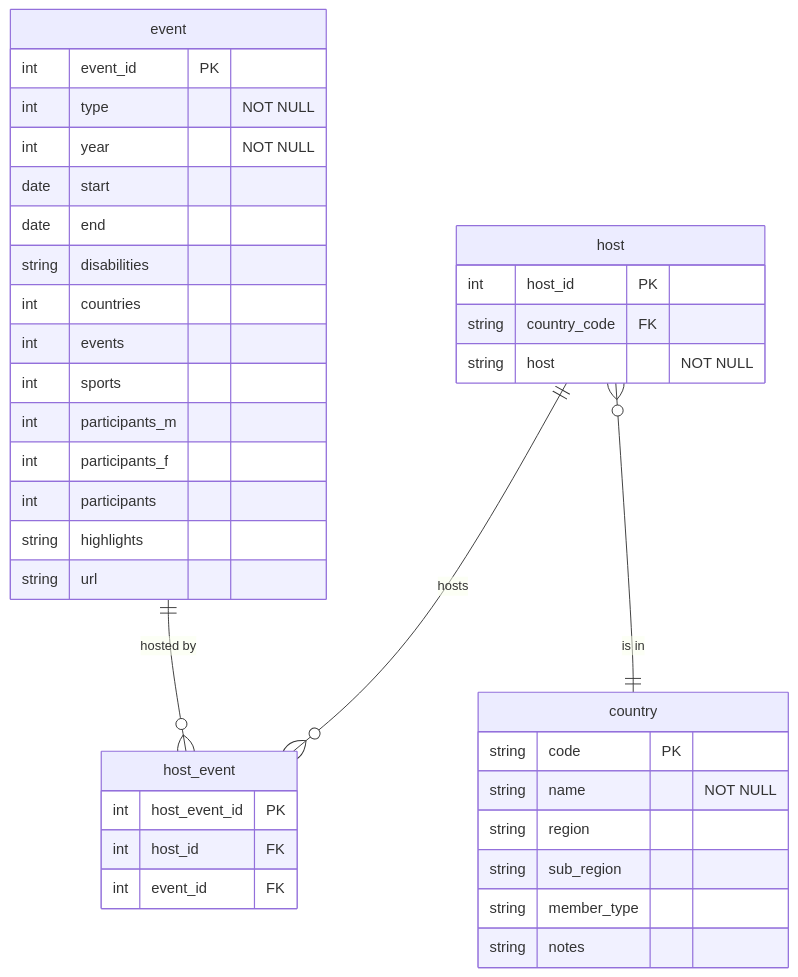
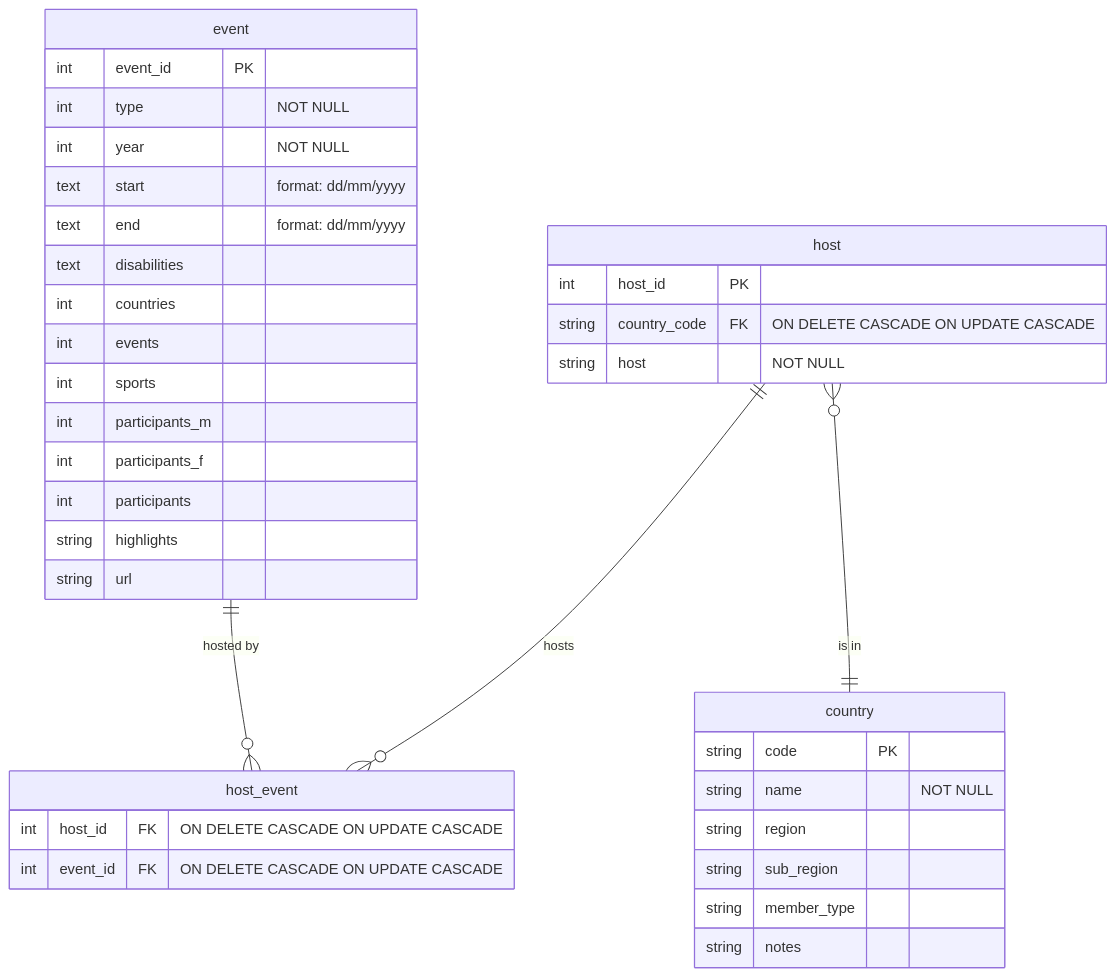
The diagram in activities/week5/5-7-create-paralympics-db.md (nicholsons/comp0035-2024-tutorials), drawn with Mermaid before and after one commit. The commit also changed other lines of this file and 16 other files, not shown here.

````diff
--- a/activities/week5/5-7-create-paralympics-db.md
+++ b/activities/week5/5-7-create-paralympics-db.md
@@ -27,44 +30,43 @@
 ```mermaid
 erDiagram
     event {
         int event_id PK
         int type "NOT NULL"
         int year "NOT NULL"
-        date start
-        date end
-        string disabilities
+        text start "format: dd/mm/yyyy"
+        text end "format: dd/mm/yyyy"
+        text disabilities
         int countries
         int events
         int sports
         int participants_m
         int participants_f
         int participants
         string highlights
         string url
     }
 
     country {
         string code PK
         string name "NOT NULL"
         string region
         string sub_region
         string member_type
         string notes
     }
 
     host {
         int host_id PK
-        string country_code FK
+        string country_code FK "ON DELETE CASCADE ON UPDATE CASCADE"
         string host "NOT NULL"
     }
 
     host_event {
-        int host_event_id PK
-        int host_id FK
-        int event_id FK
+        int host_id FK "ON DELETE CASCADE ON UPDATE CASCADE"
+        int event_id FK "ON DELETE CASCADE ON UPDATE CASCADE"
     }
 
     event ||--o{ host_event: "hosted by"
     host ||--o{ host_event: hosts
     host }o--|| country: "is in"
 ```
````
